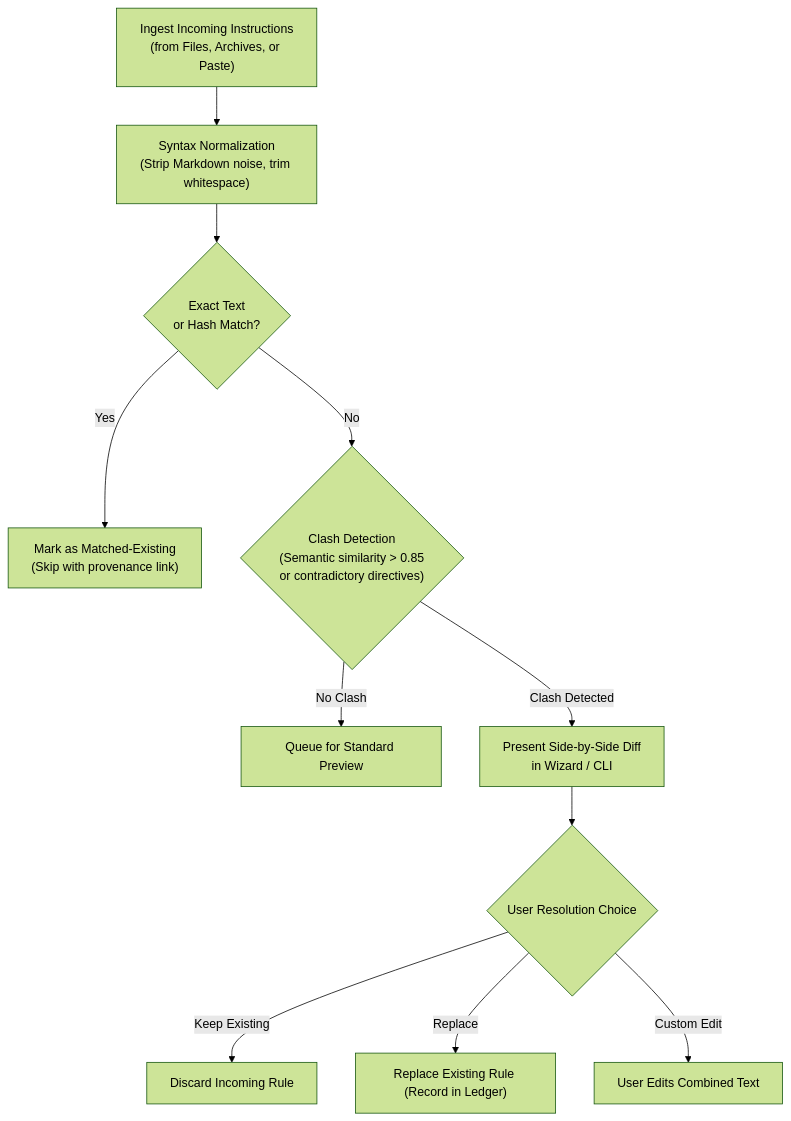
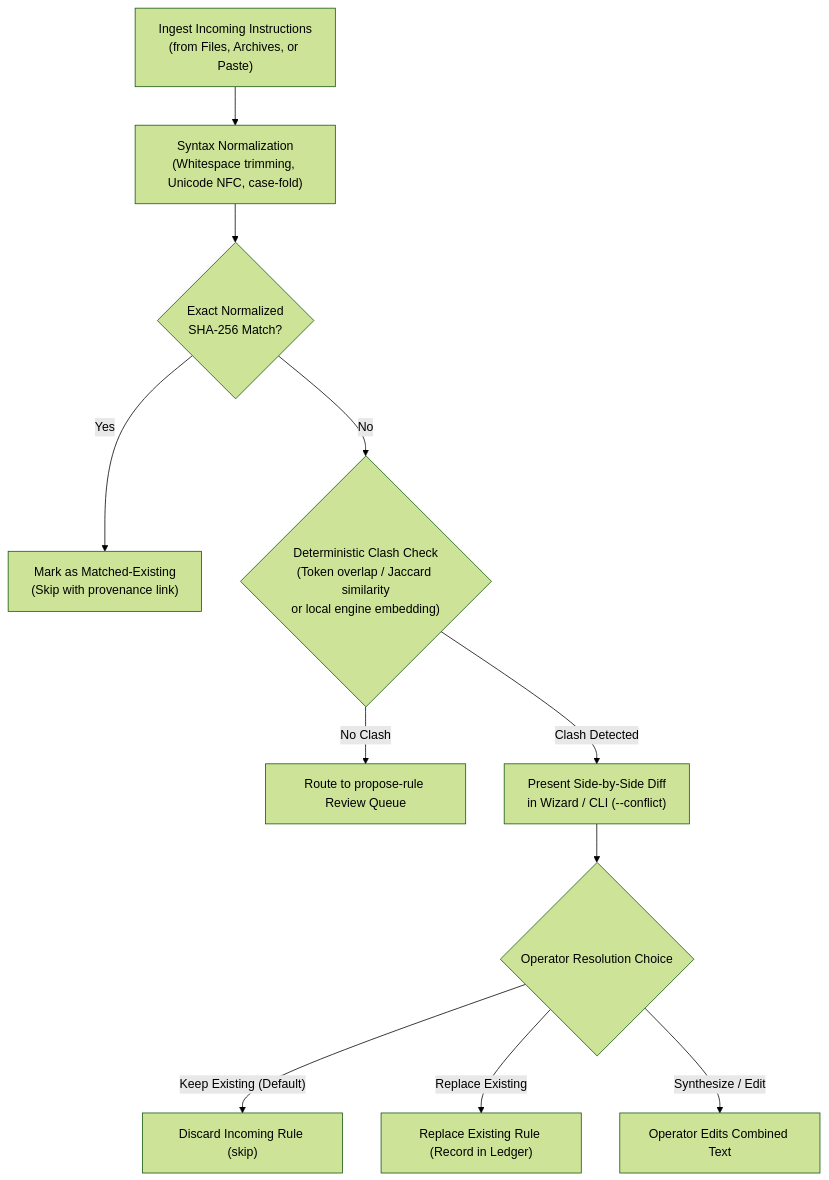
Before and after one commit to Cyb3rb1ade/PLUR1BUS-Harness: the first of 3 diagrams in docs/superpowers/specs/2026-10-27-profile-import-and-plugin-compat-design.md, drawn with Mermaid (forest theme). The commit also changed other lines of this file and 6 other files, not shown here.

````diff
--- a/docs/superpowers/specs/2026-10-27-profile-import-and-plugin-compat-design.md
+++ b/docs/superpowers/specs/2026-10-27-profile-import-and-plugin-compat-design.md
@@ -54,13 +61,13 @@
 ```mermaid
 flowchart TD
-    Scan["Ingest Incoming Instructions\n(from Files, Archives, or Paste)"] --> Normalize["Syntax Normalization\n(Strip Markdown noise, trim whitespace)"]
-    Normalize --> HashCheck{"Exact Text\nor Hash Match?"}
+    Scan["Ingest Incoming Instructions\n(from Files, Archives, or Paste)"] --> Normalize["Syntax Normalization\n(Whitespace trimming, Unicode NFC, case-fold)"]
+    Normalize --> HashCheck{"Exact Normalized\nSHA-256 Match?"}
     HashCheck -- "Yes" --> Dedup["Mark as Matched-Existing\n(Skip with provenance link)"]
-    HashCheck -- "No" --> ClashDetect{"Clash Detection\n(Semantic similarity > 0.85\nor contradictory directives)"}
-    ClashDetect -- "No Clash" --> AutoMerge["Queue for Standard Preview"]
-    ClashDetect -- "Clash Detected" --> UserDiff["Present Side-by-Side Diff\nin Wizard / CLI"]
-    UserDiff --> Choice{"User Resolution Choice"}
-    Choice -- "Keep Existing" --> Discard["Discard Incoming Rule"]
-    Choice -- "Replace" --> Overwrite["Replace Existing Rule (Record in Ledger)"]
-    Choice -- "Custom Edit" --> Synthesize["User Edits Combined Text"]
+    HashCheck -- "No" --> ClashDetect{"Deterministic Clash Check\n(Token overlap / Jaccard similarity\nor local engine embedding)"}
+    ClashDetect -- "No Clash" --> AutoMerge["Route to propose-rule Review Queue"]
+    ClashDetect -- "Clash Detected" --> UserDiff["Present Side-by-Side Diff\nin Wizard / CLI (--conflict)"]
+    UserDiff --> Choice{"Operator Resolution Choice"}
+    Choice -- "Keep Existing (Default)" --> Discard["Discard Incoming Rule (skip)"]
+    Choice -- "Replace Existing" --> Overwrite["Replace Existing Rule (Record in Ledger)"]
+    Choice -- "Synthesize / Edit" --> Synthesize["Operator Edits Combined Text"]
 ```
````
